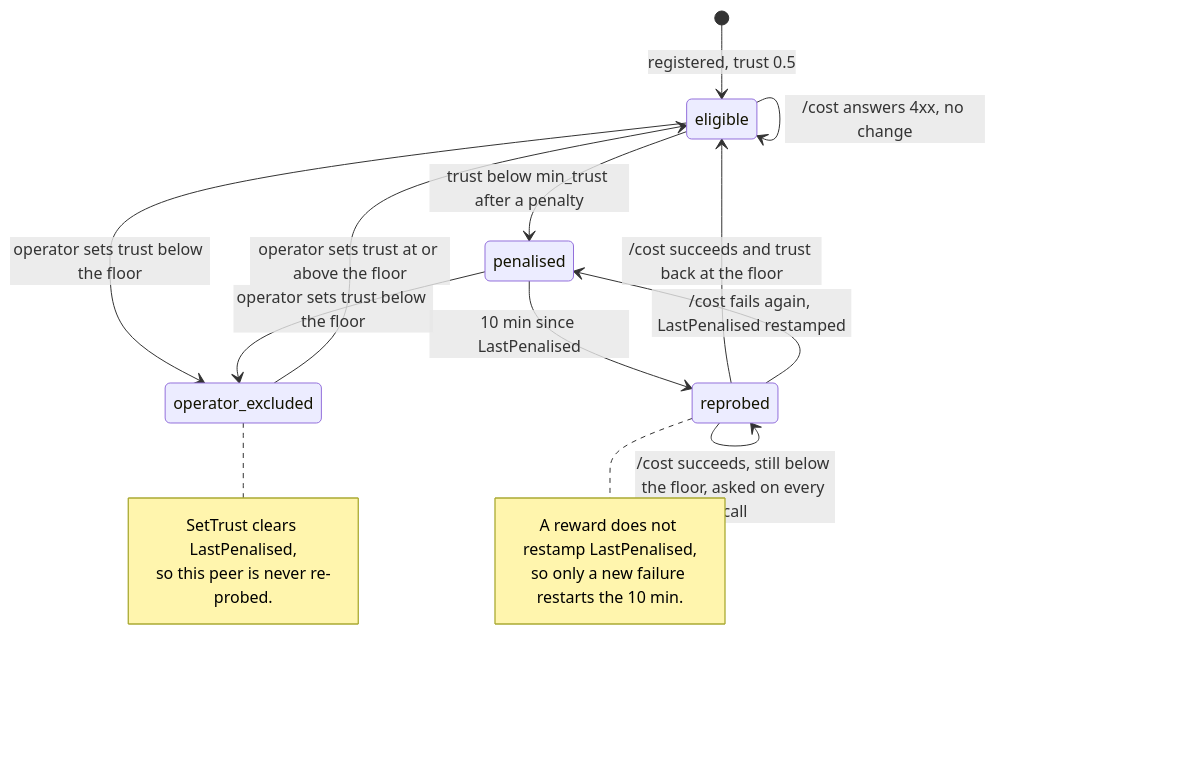
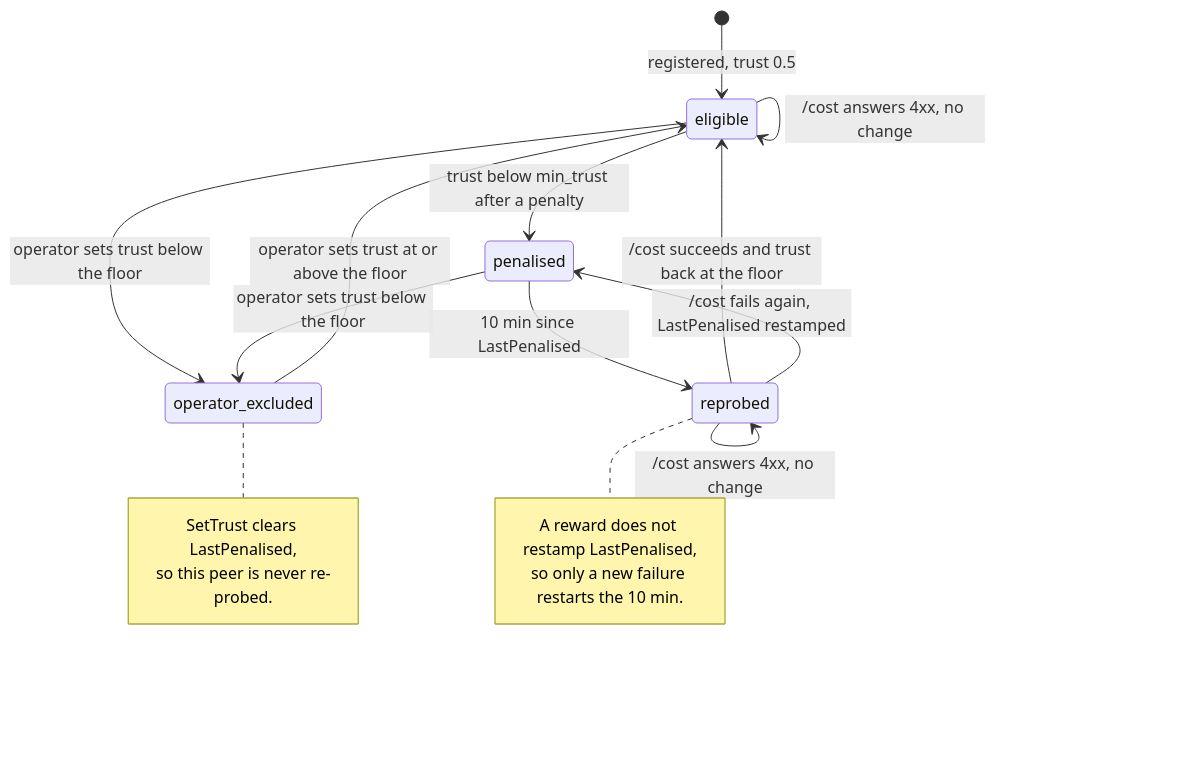
Before and after one commit to DiyazY/di-agent: diagram 14 of 21 in docs/architecture-diagrams.md, drawn with Mermaid. The commit also changed other lines of this file and 4 other files, not shown here.

````diff
--- a/docs/architecture-diagrams.md
+++ b/docs/architecture-diagrams.md
@@ -506,23 +507,24 @@
 ```mermaid
 stateDiagram-v2
     [*] --> eligible: registered, trust 0.5
     eligible --> eligible: /cost succeeds, +0.05
     eligible --> eligible: /cost fails (transport, 5xx, bad body), -0.05, stamp LastPenalised
     eligible --> eligible: /cost answers 4xx, no change
     eligible --> penalised: trust below min_trust after a penalty
     penalised --> reprobed: 10 min since LastPenalised
     reprobed --> eligible: /cost succeeds and trust back at the floor
     reprobed --> reprobed: /cost succeeds, still below the floor, asked on every call
     reprobed --> penalised: /cost fails again, LastPenalised restamped
+    reprobed --> reprobed: /cost answers 4xx, no change
     eligible --> operator_excluded: operator sets trust below the floor
     penalised --> operator_excluded: operator sets trust below the floor
     operator_excluded --> eligible: operator sets trust at or above the floor
     note right of operator_excluded
         SetTrust clears LastPenalised,
         so this peer is never re-probed.
     end note
     note right of reprobed
         A reward does not restamp LastPenalised,
         so only a new failure restarts the 10 min.
     end note
 ```
````
